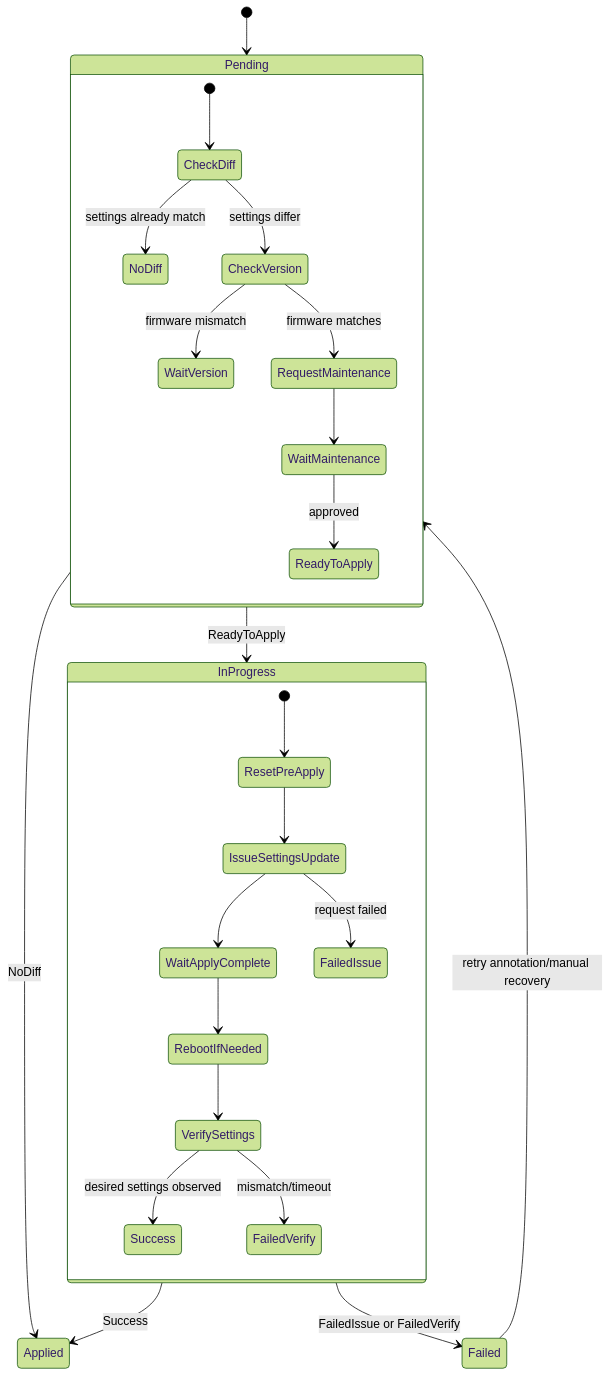
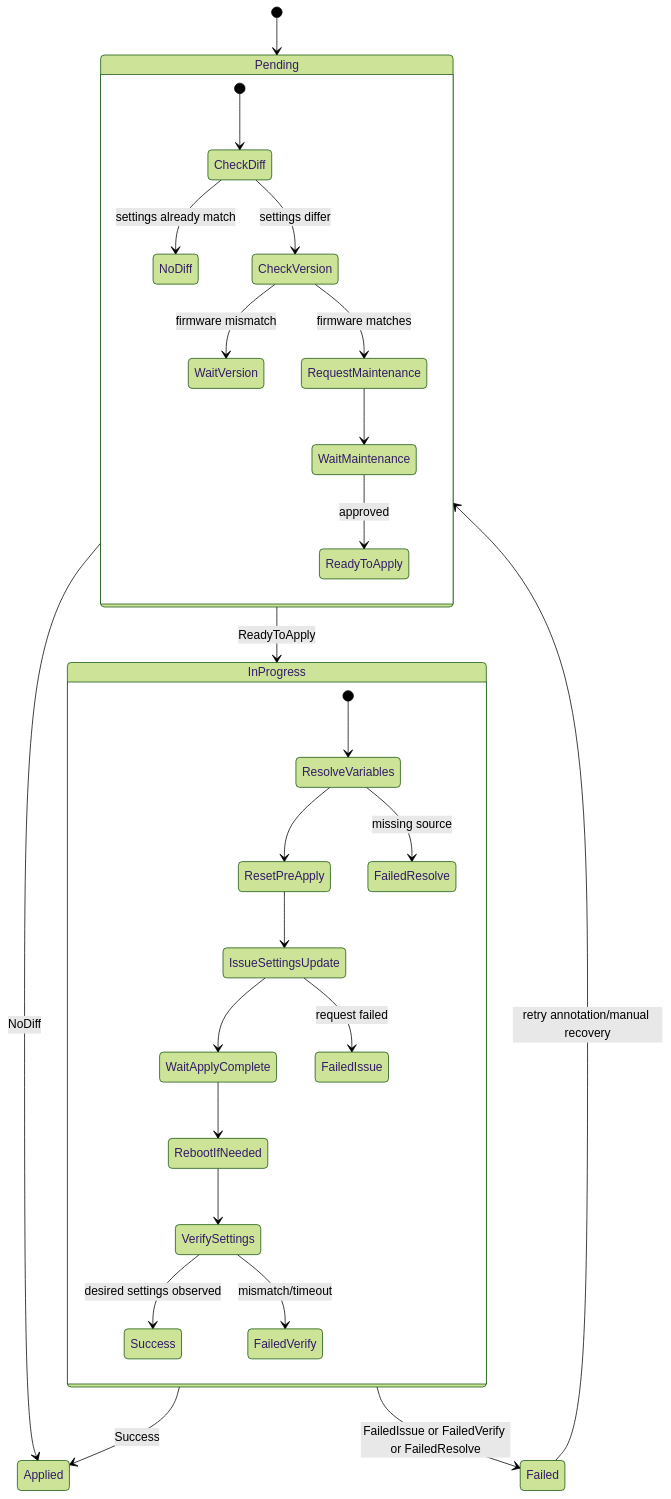
Before and after one commit to ironcore-dev/metal-operator: the diagram in docs/concepts/bmcsettings.md, drawn with Mermaid (forest theme). The commit also changed other lines of this file and 9 other files, not shown here.

````diff
--- a/docs/concepts/bmcsettings.md
+++ b/docs/concepts/bmcsettings.md
@@ -36,32 +69,34 @@
 ```mermaid
 stateDiagram-v2
     [*] --> Pending
 
     state Pending {
       [*] --> CheckDiff
       CheckDiff --> NoDiff: settings already match
       CheckDiff --> CheckVersion: settings differ
       CheckVersion --> WaitVersion: firmware mismatch
       CheckVersion --> RequestMaintenance: firmware matches
       RequestMaintenance --> WaitMaintenance
       WaitMaintenance --> ReadyToApply: approved
     }
 
     Pending --> Applied: NoDiff
     Pending --> InProgress: ReadyToApply
 
     state InProgress {
-      [*] --> ResetPreApply
+      [*] --> ResolveVariables
+      ResolveVariables --> ResetPreApply
       ResetPreApply --> IssueSettingsUpdate
       IssueSettingsUpdate --> WaitApplyComplete
       WaitApplyComplete --> RebootIfNeeded
       RebootIfNeeded --> VerifySettings
       VerifySettings --> Success: desired settings observed
       VerifySettings --> FailedVerify: mismatch/timeout
       IssueSettingsUpdate --> FailedIssue: request failed
+      ResolveVariables --> FailedResolve: missing source
     }
 
     InProgress --> Applied: Success
-    InProgress --> Failed: FailedIssue or FailedVerify
+    InProgress --> Failed: FailedIssue or FailedVerify or FailedResolve
     Failed --> Pending: retry annotation/manual recovery
 ```
````
